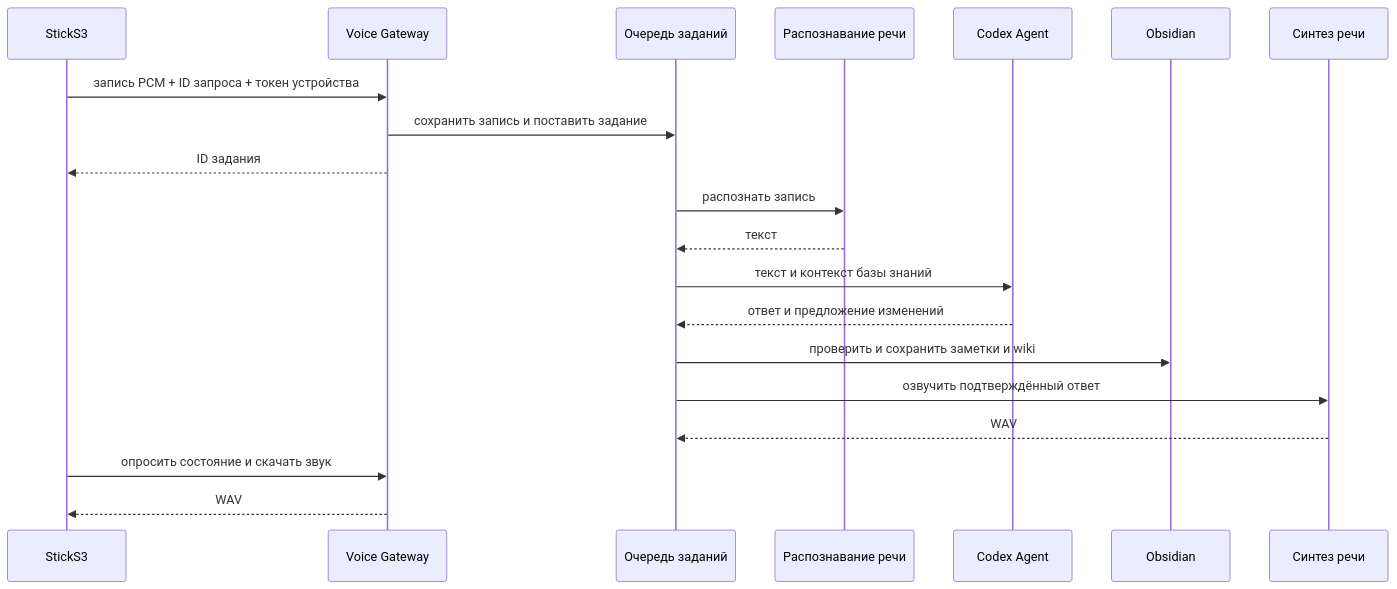
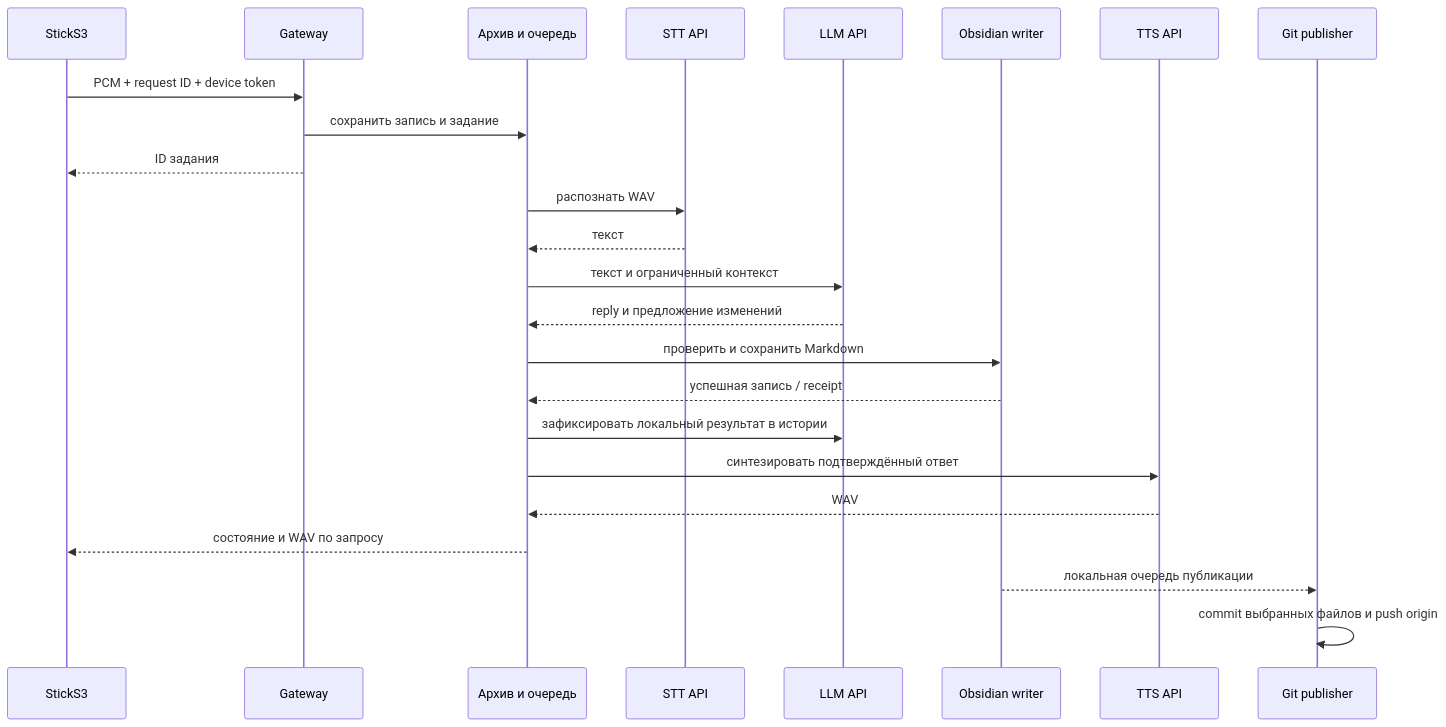
One commit to pastukhov/zateya changed the second of 2 diagrams in docs/architecture.md. Above: the diagram before and after it, drawn with Mermaid. The commit also changed other lines of this file and 18 other files, not shown here.

````diff
--- a/docs/architecture.md
+++ b/docs/architecture.md
@@ -28,22 +33,26 @@
 ```mermaid
 sequenceDiagram
     participant D as StickS3
-    participant G as Voice Gateway
-    participant Q as Очередь заданий
-    participant S as Распознавание речи
-    participant C as Codex Agent
-    participant O as Obsidian
-    participant T as Синтез речи
-    D->>G: запись PCM + ID запроса + токен устройства
-    G->>Q: сохранить запись и поставить задание
+    participant G as Gateway
+    participant A as Архив и очередь
+    participant S as STT API
+    participant L as LLM API
+    participant O as Obsidian writer
+    participant T as TTS API
+    participant Git as Git publisher
+    D->>G: PCM + request ID + device token
+    G->>A: сохранить запись и задание
     G-->>D: ID задания
-    Q->>S: распознать запись
-    S-->>Q: текст
-    Q->>C: текст и контекст базы знаний
-    C-->>Q: ответ и предложение изменений
-    Q->>O: проверить и сохранить заметки и wiki
-    Q->>T: озвучить подтверждённый ответ
-    T-->>Q: WAV
-    D->>G: опросить состояние и скачать звук
-    G-->>D: WAV
+    A->>S: распознать WAV
+    S-->>A: текст
+    A->>L: текст и ограниченный контекст
+    L-->>A: reply и предложение изменений
+    A->>O: проверить и сохранить Markdown
+    O-->>A: успешная запись / receipt
+    A->>L: зафиксировать локальный результат в истории
+    A->>T: синтезировать подтверждённый ответ
+    T-->>A: WAV
+    A-->>D: состояние и WAV по запросу
+    O-->>Git: локальная очередь публикации
+    Git->>Git: commit выбранных файлов и push origin
 ```
````
